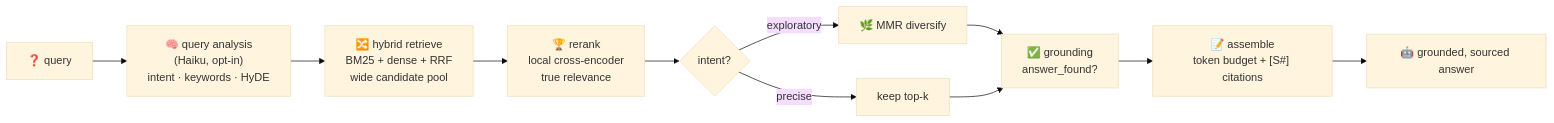
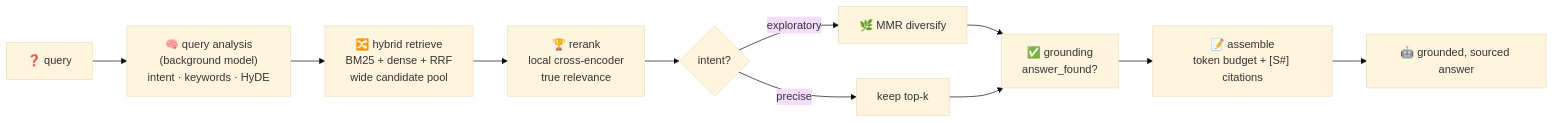
The diagram in docs/advanced-rag-implementation.md (cmudco/dare-backend), drawn with Mermaid (base theme) before and after one commit. The commit also changed other lines of this file and 29 other files, not shown here.

Commit message:
feat: unify background model routing

````diff
--- a/docs/advanced-rag-implementation.md
+++ b/docs/advanced-rag-implementation.md
@@ -19,13 +19,13 @@
 ```mermaid
 flowchart LR
-    Q["❓ query"] --> QA["🧠 query analysis<br/>(Haiku, opt-in)<br/>intent · keywords · HyDE"]
+    Q["❓ query"] --> QA["🧠 query analysis<br/>(background model)<br/>intent · keywords · HyDE"]
     QA --> HR["🔀 hybrid retrieve<br/>BM25 + dense + RRF<br/>wide candidate pool"]
     HR --> RR["🏆 rerank<br/>local cross-encoder<br/>true relevance"]
     RR --> MMR{"intent?"}
     MMR -->|exploratory| DIV["🌿 MMR diversify"]
     MMR -->|precise| KEEP["keep top-k"]
     DIV --> GR["✅ grounding<br/>answer_found?"]
     KEEP --> GR
     GR --> AS["📝 assemble<br/>token budget + [S#] citations"]
     AS --> ANS["🤖 grounded, sourced answer"]
 ```
````
